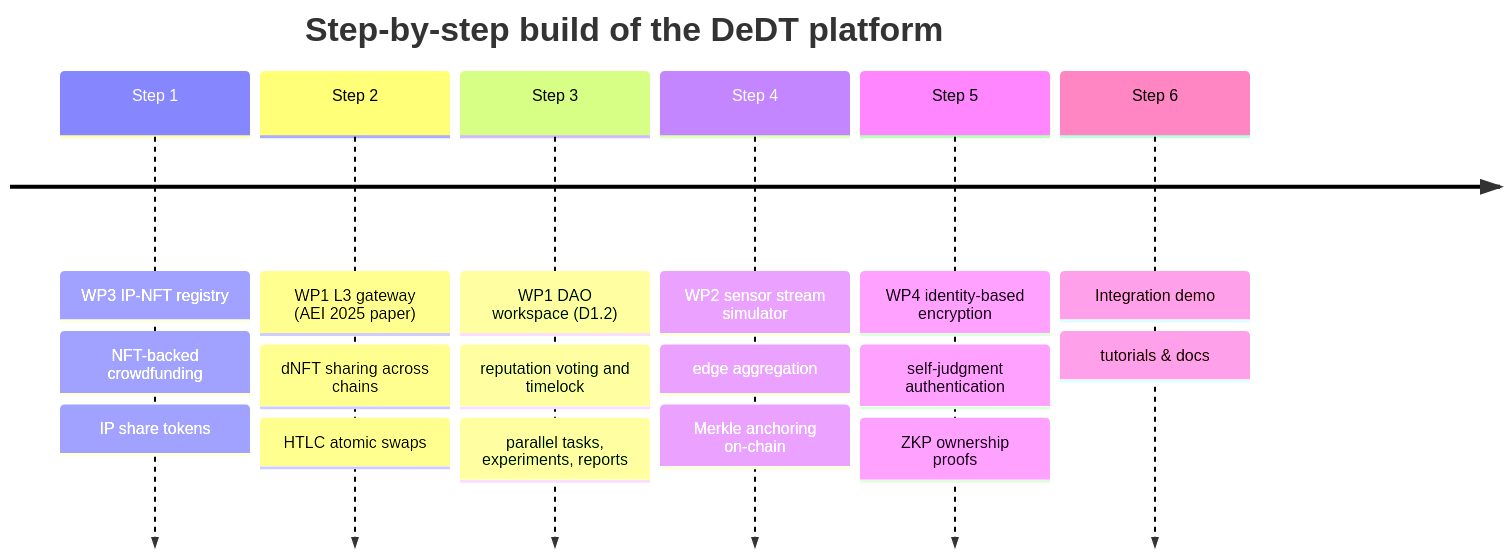
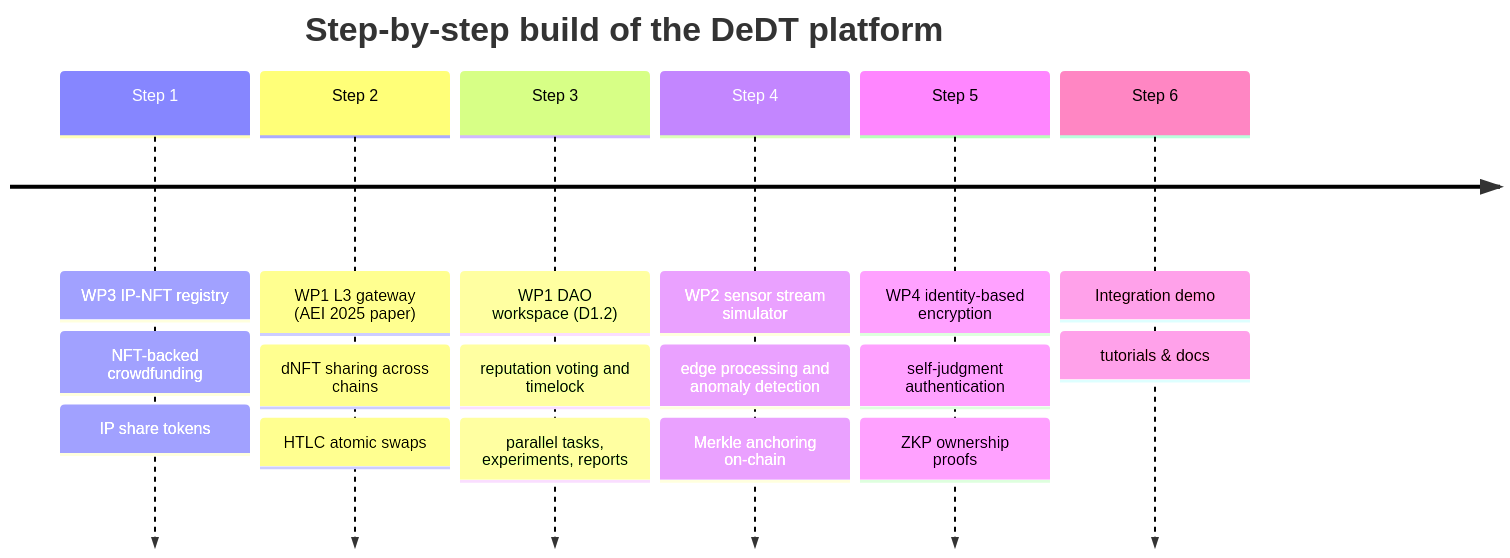
One commit to smhbamakan/DeDT-platform changed the second of 2 diagrams in README.md. Above: the diagram before and after it, drawn with Mermaid. The commit also changed other lines of this file and 36 other files, not shown here.

First line of the commit message:
WP2: edge processing and blockchain-anchored integrity of DT data flows

````diff
--- a/README.md
+++ b/README.md
@@ -70,10 +71,10 @@
 ```mermaid
 timeline
     title Step-by-step build of the DeDT platform
     Step 1 : WP3 IP-NFT registry : NFT-backed crowdfunding : IP share tokens
     Step 2 : WP1 L3 gateway (AEI 2025 paper) : dNFT sharing across chains : HTLC atomic swaps
     Step 3 : WP1 DAO workspace (D1.2) : reputation voting and timelock : parallel tasks, experiments, reports
-    Step 4 : WP2 sensor stream simulator : edge aggregation : Merkle anchoring on-chain
+    Step 4 : WP2 sensor stream simulator : edge processing and anomaly detection : Merkle anchoring on-chain
     Step 5 : WP4 identity-based encryption : self-judgment authentication : ZKP ownership proofs
     Step 6 : Integration demo : tutorials & docs
 ```
````
